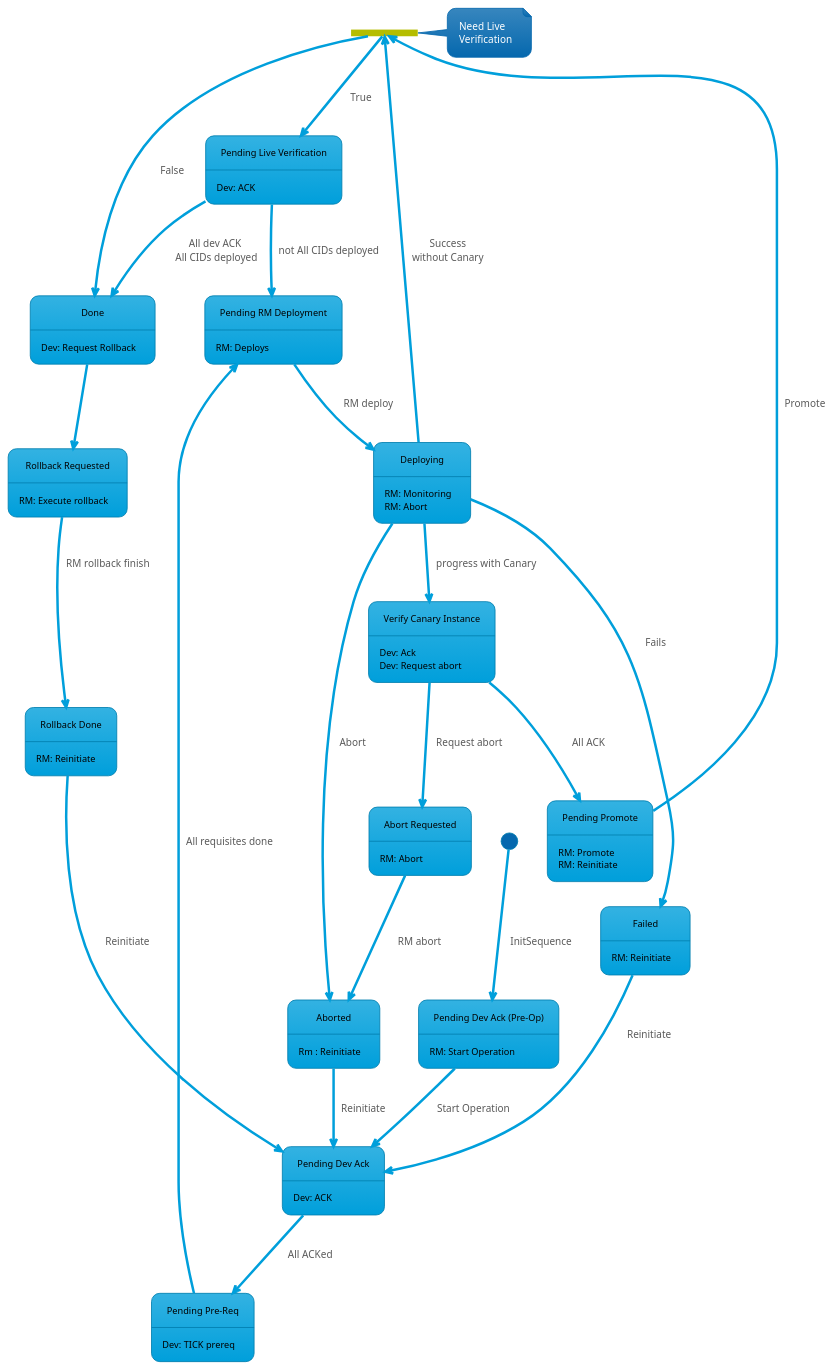
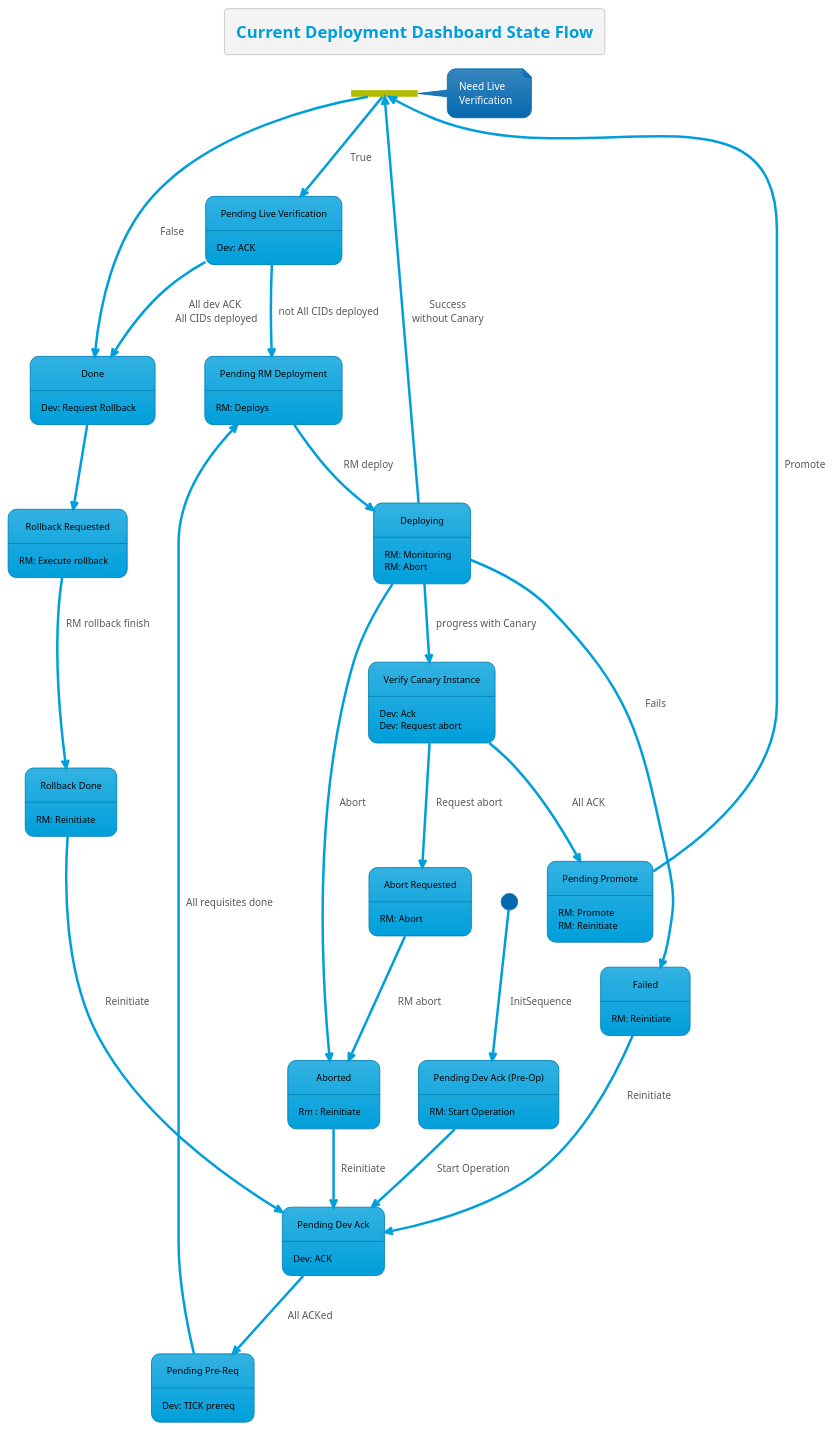
Before and after one commit to thetomitomo/diagrams: the diagram in src/Multi-Day-Deployment/1current.plantuml, drawn with PlantUML. The commit also changed 5 other files, not shown here.

```diff
--- a/src/Multi-Day-Deployment/1current.plantuml
+++ b/src/Multi-Day-Deployment/1current.plantuml
@@ -1,79 +1,81 @@
 @startuml
 !theme bluegray
 skinparam FooterFontColor black
 skinparam StateFontColor black
+
+title Current Deployment Dashboard State Flow
 
 state "Pending Dev Ack (Pre-Op)" as preOp
 state "Pending Dev Ack" as pendingDevAck
 state "Pending Pre-Req" as pendingPreReq
 state "Pending RM Deployment" as pendingRMDeploy
 state "Verify Canary Instance" as verifyCanary
 state "Pending Live Verification" as pendingLiveVer
 state pendingLiveVerFork <<fork>>
 state "Pending Promote" as pendingPromote
 state "Abort Requested" as abortRequested
 state "Rollback Requested" as rollbackRequested
 state "Rollback Done" as rollbackDone
 
 
 [*] --> preOp : InitSequence
 preOp: RM: Start Operation
 
 preOp --> pendingDevAck : Start Operation
 pendingDevAck: Dev: ACK
 
 pendingDevAck --> pendingPreReq : All ACKed
 pendingPreReq: Dev: TICK prereq
 
 pendingPreReq --> pendingRMDeploy : All requisites done
 pendingRMDeploy: RM: Deploys
 
 pendingRMDeploy --> Deploying : RM deploy
 Deploying : RM: Monitoring
 Deploying : RM: Abort
 
 Deploying --> Aborted : Abort
 
 Deploying --> Failed : Fails
 
 Failed --> pendingDevAck : Reinitiate
 Failed: RM: Reinitiate
 
 Deploying --> verifyCanary : progress with Canary
 verifyCanary: Dev: Ack
 verifyCanary: Dev: Request abort
 
 verifyCanary --> pendingPromote : All ACK
 pendingPromote: RM: Promote
 
 verifyCanary --> abortRequested : Request abort
 abortRequested: RM: Abort
 
 abortRequested --> Aborted : RM abort
 Aborted: Rm : Reinitiate
 
 Aborted --> pendingDevAck : Reinitiate
 pendingPromote: RM: Reinitiate
 
 pendingPromote --> pendingLiveVerFork : Promote
 note right of pendingLiveVerFork : Need Live\nVerification
 pendingLiveVerFork --> pendingLiveVer : True
 pendingLiveVerFork --> Done : False
 
 pendingLiveVer --> Done :All dev ACK\n All CIDs deployed
 pendingLiveVer --> pendingRMDeploy : not All CIDs deployed
 pendingLiveVer: Dev: ACK
 
 Deploying --> pendingLiveVerFork : Success\nwithout Canary
 
 Done: Dev: Request Rollback
 
 Done --> rollbackRequested
 rollbackRequested: RM: Execute rollback
 
 rollbackRequested --> rollbackDone : RM rollback finish
 rollbackDone: RM: Reinitiate
 
 rollbackDone --> pendingDevAck : Reinitiate
 
 @enduml
```
